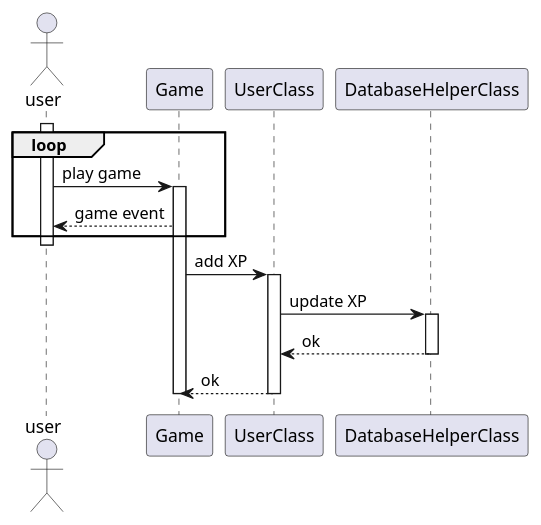
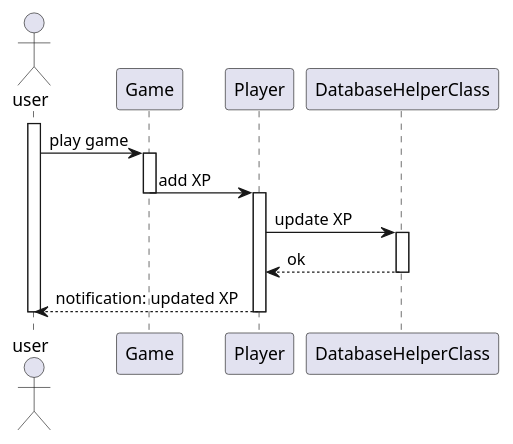
The diagram in doc/sequencediagrams/fr7.puml (PolyPong/PolyPong), drawn with PlantUML before and after one commit. The commit also changed other lines of this file and 6 other files, not shown here.

```diff
--- a/doc/sequencediagrams/fr7.puml
+++ b/doc/sequencediagrams/fr7.puml
@@ -1,23 +1,25 @@
+@startuml
 actor user
 
 participant Game as G
-participant UserClass as U
+participant Player as U
 participant DatabaseHelperClass as db
 
 activate user
 
-        loop
                 user -> G: play game
                 activate G
-                        G --> user: game event
-        end     
-deactivate user
+         
+
                 G -> U: add XP
+deactivate G
                 activate U
                         U -> db: update XP
                         activate db
                                 db --> U: ok
                                 deactivate db
-                        U --> G: ok
+'                        U --> G: ok
+U --> user: notification: updated XP
+deactivate user
                         deactivate U
-                deactivate G
+@enduml
```
